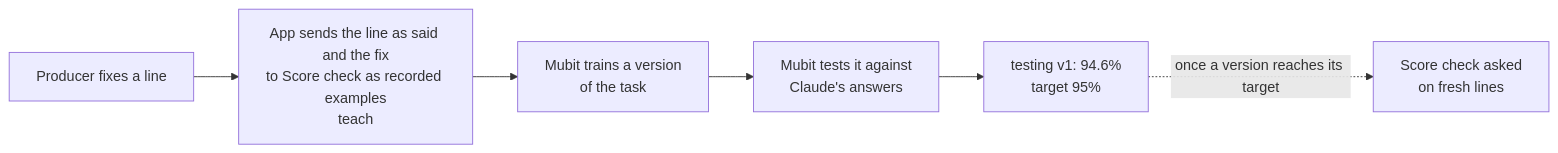
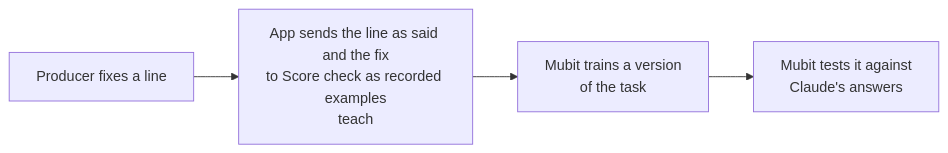
Before and after one commit to atiladeokegab/night-shift: the diagram in docs/mubit.md, drawn with Mermaid. The commit also changed other lines of this file, not shown here.

Commit message:
docs: Mubit page names the 94.6% task neutrally and dates the target and serving reads

````diff
--- a/docs/mubit.md
+++ b/docs/mubit.md
@@ -7,8 +7,6 @@
 ```mermaid
 flowchart LR
   A[Producer fixes a line] --> B[App sends the line as said and the fix<br/>to Score check as recorded examples<br/>teach]
   B --> C[Mubit trains a version<br/>of the task]
   C --> D[Mubit tests it against<br/>Claude's answers]
-  D --> E[testing v1: 94.6%<br/>target 95%]
-  E -. once a version reaches its target .-> F[Score check asked<br/>on fresh lines]
 ```
````
